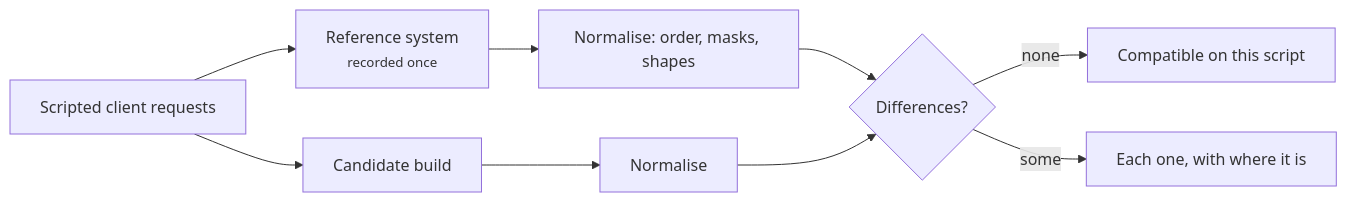
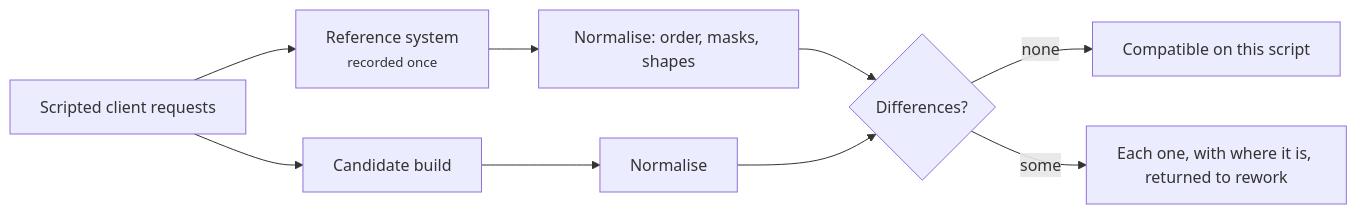
The fourth of 5 diagrams in intent/papers/qa.md (russlittle/ZTHR), drawn with Mermaid before and after one commit. The commit also changed other lines of this file and 13 other files, not shown here.

````diff
--- a/intent/papers/qa.md
+++ b/intent/papers/qa.md
@@ -98,11 +120,11 @@
 ```mermaid
 flowchart LR
   S[Scripted client requests] --> REF[Reference system<br/><small>recorded once</small>]
   S --> CAN[Candidate build]
   REF --> N1[Normalise: order, masks, shapes]
   CAN --> N2[Normalise]
   N1 --> D{Differences?}
   N2 --> D
   D -- none --> OK[Compatible on this script]
-  D -- some --> CASE[Each one, with where it is]
+  D -- some --> CASE[Each one, with where it is, returned to rework]
 ```
````
